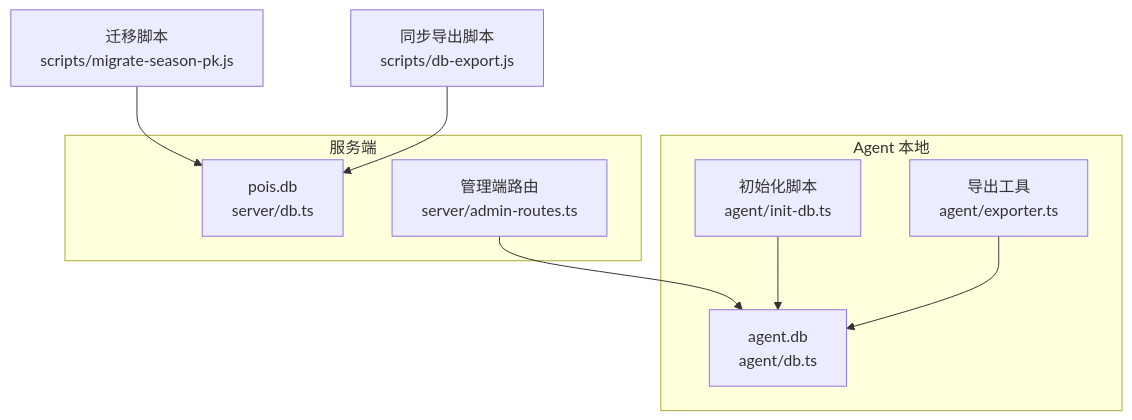
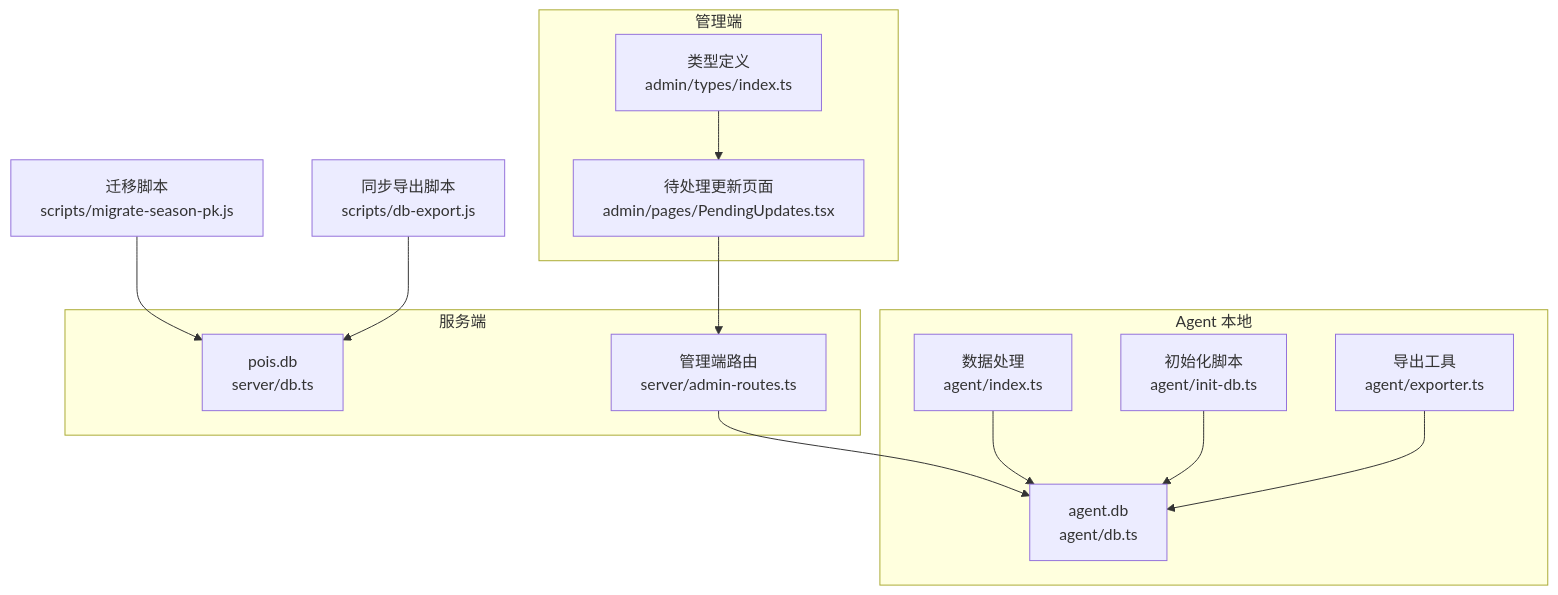
One commit to ititjjy/AITrip-plan changed the first of 11 diagrams in .qoder/repowiki/zh/content/AI数据采集系统/数据库管理.md. Above: the diagram before and after it, drawn with Mermaid. The commit also changed other lines of this file and 25 other files, not shown here.

````diff
--- a/.qoder/repowiki/zh/content/AI数据采集系统/数据库管理.md
+++ b/.qoder/repowiki/zh/content/AI数据采集系统/数据库管理.md
@@ -48,19 +62,27 @@
 ```mermaid
 graph TB
 subgraph "服务端"
 S_DB["pois.db<br/>server/db.ts"]
 S_Admin["管理端路由<br/>server/admin-routes.ts"]
 end
 subgraph "Agent 本地"
 A_DB["agent.db<br/>agent/db.ts"]
+A_Index["数据处理<br/>agent/index.ts"]
 A_Init["初始化脚本<br/>agent/init-db.ts"]
 A_Export["导出工具<br/>agent/exporter.ts"]
+end
+subgraph "管理端"
+M_Pending["待处理更新页面<br/>admin/pages/PendingUpdates.tsx"]
+M_Types["类型定义<br/>admin/types/index.ts"]
 end
 Scripts["迁移脚本<br/>scripts/migrate-season-pk.js"]
 Sync["同步导出脚本<br/>scripts/db-export.js"]
 S_Admin --> A_DB
+A_Index --> A_DB
 A_Init --> A_DB
 A_Export --> A_DB
+M_Pending --> S_Admin
+M_Types --> M_Pending
 Scripts --> S_DB
 Sync --> S_DB
 ```
````
